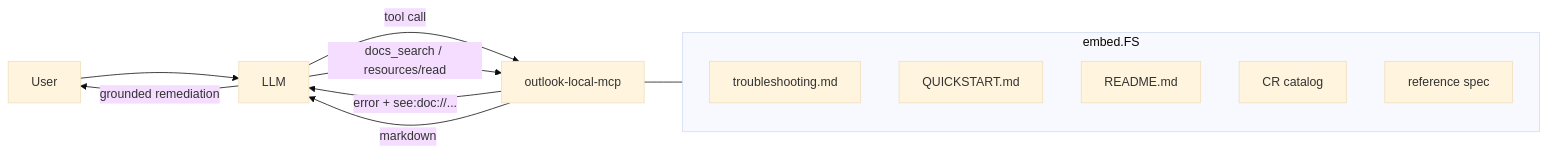
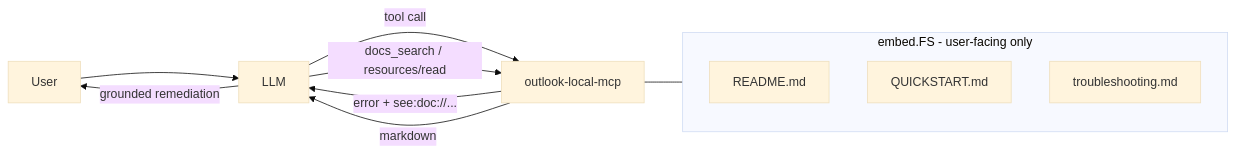
One commit to desek/outlook-local-mcp changed the second of 3 diagrams in docs/cr/CR-0061-in-server-documentation-access-for-llm-self-troubleshooting.md. Above: the diagram before and after it, drawn with Mermaid (base theme). The commit also changed other lines of this file and 110 other files, not shown here.

````diff
--- a/docs/cr/CR-0061-in-server-documentation-access-for-llm-self-troubleshooting.md
+++ b/docs/cr/CR-0061-in-server-documentation-access-for-llm-self-troubleshooting.md
@@ -71,17 +74,15 @@
 ```mermaid
 flowchart LR
     U[User] --> L[LLM]
     L -->|tool call| S[outlook-local-mcp]
     S -->|error + see:doc://...| L
     L -->|docs_search / resources/read| S
     S -->|markdown| L
     L -->|grounded remediation| U
-    subgraph Bundle[embed.FS]
+    subgraph Bundle[embed.FS - user-facing only]
+        R[README.md]
+        Q[QUICKSTART.md]
         T[troubleshooting.md]
-        Q[QUICKSTART.md]
-        R[README.md]
-        C[CR catalog]
-        X[reference spec]
     end
     S --- Bundle
 ```
````
